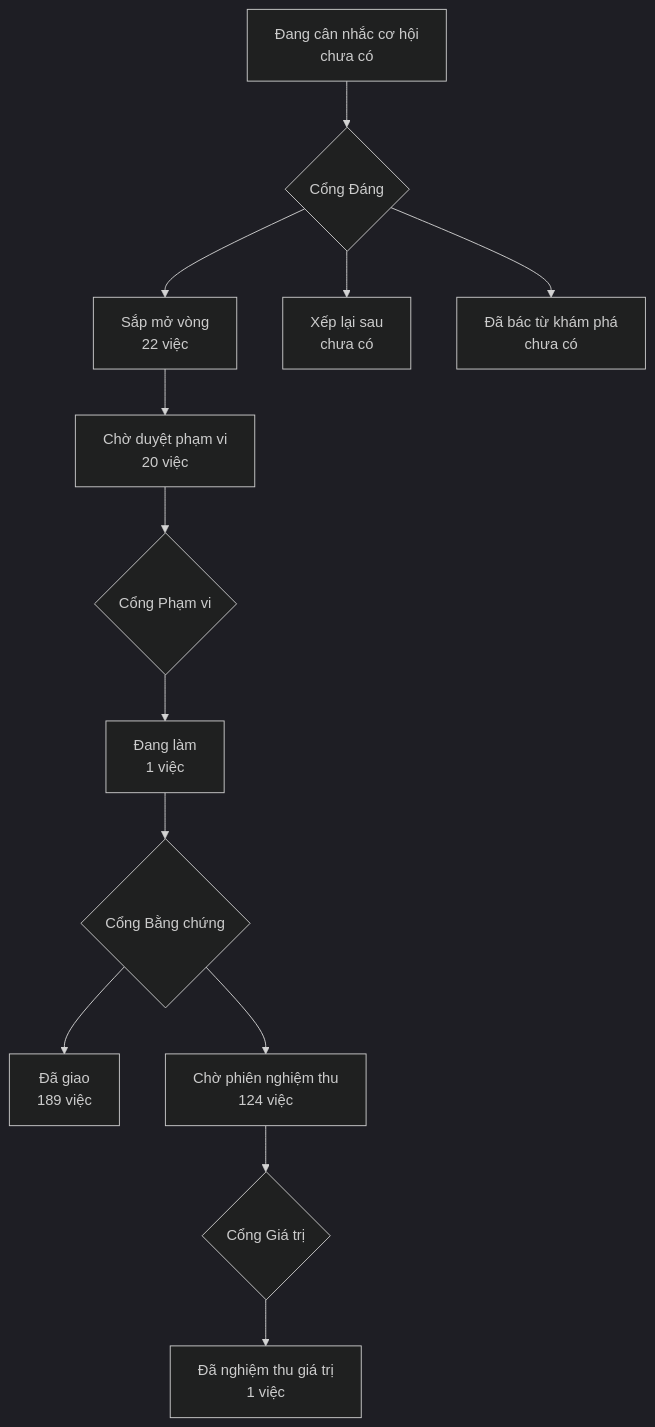
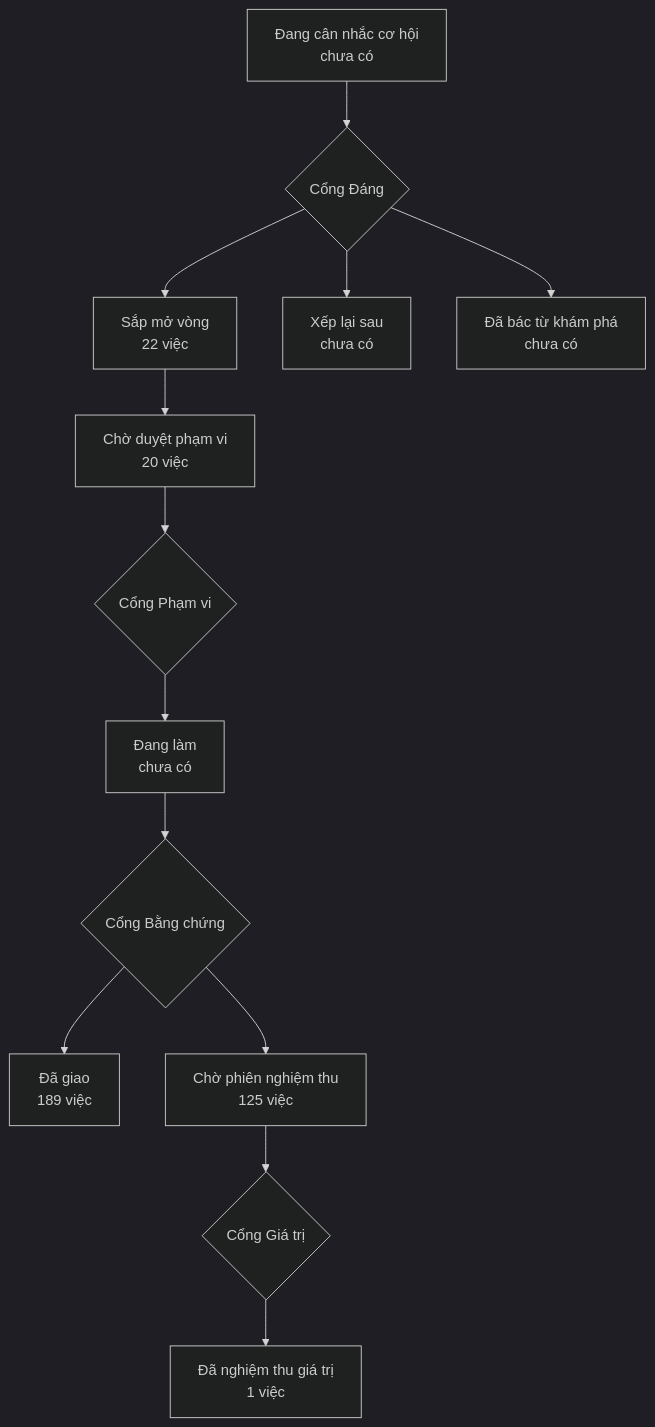
One commit to phanlemanh/onehub-invest changed the diagram in PRODUCT-MAP.md. Above: the diagram before and after it, drawn with Mermaid (dark theme). The commit also changed other lines of this file and 4 other files, not shown here.

````diff
--- a/PRODUCT-MAP.md
+++ b/PRODUCT-MAP.md
@@ -7,12 +7,12 @@
 ```mermaid
 flowchart TD
   A["Đang cân nhắc cơ hội<br/>chưa có"] --> GD{"Cổng Đáng"}
   GD --> B["Sắp mở vòng<br/>22 việc"]
   GD --> XL["Xếp lại sau<br/>chưa có"]
   GD --> DB["Đã bác từ khám phá<br/>chưa có"]
   B --> CD["Chờ duyệt phạm vi<br/>20 việc"] --> GP{"Cổng Phạm vi"}
-  GP --> DL["Đang làm<br/>1 việc"] --> GB{"Cổng Bằng chứng"}
+  GP --> DL["Đang làm<br/>chưa có"] --> GB{"Cổng Bằng chứng"}
   GB --> DG["Đã giao<br/>189 việc"]
-  GB --> CN["Chờ phiên nghiệm thu<br/>124 việc"] --> GG{"Cổng Giá trị"}
+  GB --> CN["Chờ phiên nghiệm thu<br/>125 việc"] --> GG{"Cổng Giá trị"}
   GG --> NT["Đã nghiệm thu giá trị<br/>1 việc"]
 ```
````
